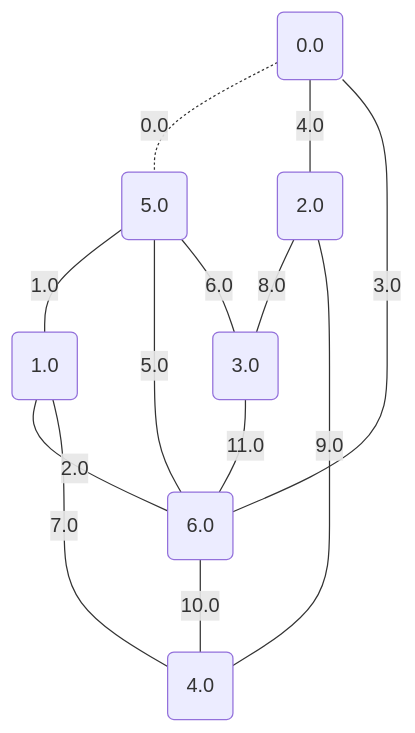
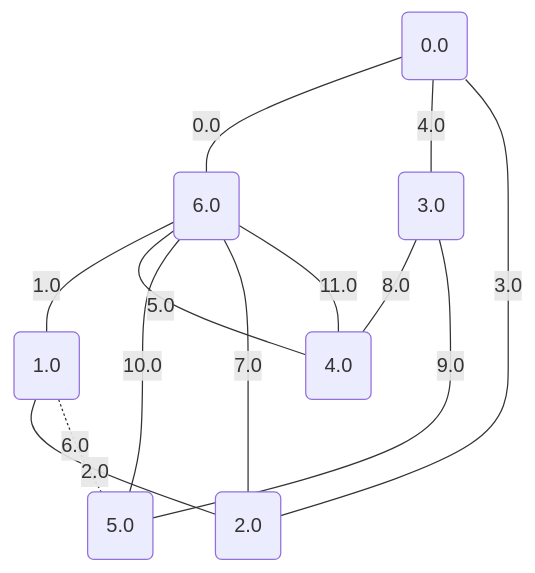
Before and after one commit to metury/graphs: the eighth of 17 diagrams in project/src/testing/showcase/minCutPetersen.md, drawn with Mermaid. The commit also changed other lines of this file and 34 other files, not shown here.

````diff
--- a/project/src/testing/showcase/minCutPetersen.md
+++ b/project/src/testing/showcase/minCutPetersen.md
@@ -218,22 +218,22 @@
 ```mermaid
 graph TD;
 	0("0.0");
 	1("1.0");
 	2("2.0");
 	3("3.0");
 	4("4.0");
 	5("5.0");
 	6("6.0");
-	0 -. "0.0" -.- 5;
-	5 -- "1.0" --- 1;
-	1 -- "2.0" --- 6;
-	6 -- "3.0" --- 0;
-	0 -- "4.0" --- 2;
-	5 -- "5.0" --- 6;
-	5 -- "6.0" --- 3;
-	1 -- "7.0" --- 4;
-	2 -- "8.0" --- 3;
-	2 -- "9.0" --- 4;
-	6 -- "10.0" --- 4;
-	3 -- "11.0" --- 6;
+	0 -- "0.0" --- 6;
+	6 -- "1.0" --- 1;
+	1 -- "2.0" --- 2;
+	2 -- "3.0" --- 0;
+	0 -- "4.0" --- 3;
+	6 -- "5.0" --- 4;
+	1 -. "6.0" -.- 5;
+	2 -- "7.0" --- 6;
+	3 -- "8.0" --- 4;
+	3 -- "9.0" --- 5;
+	6 -- "10.0" --- 5;
+	4 -- "11.0" --- 6;
 ```
````
